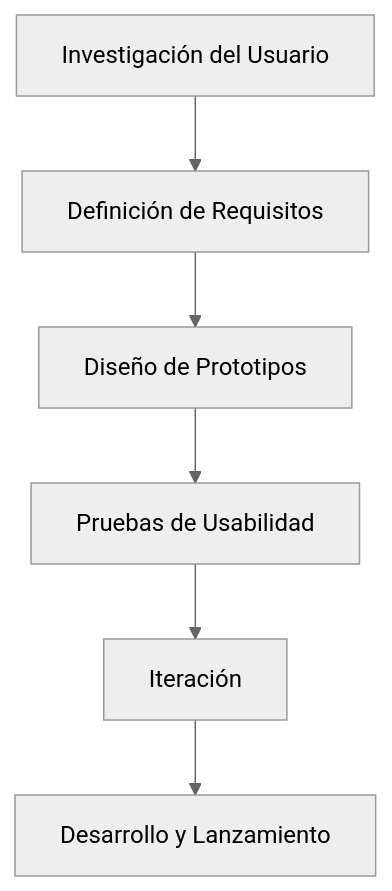
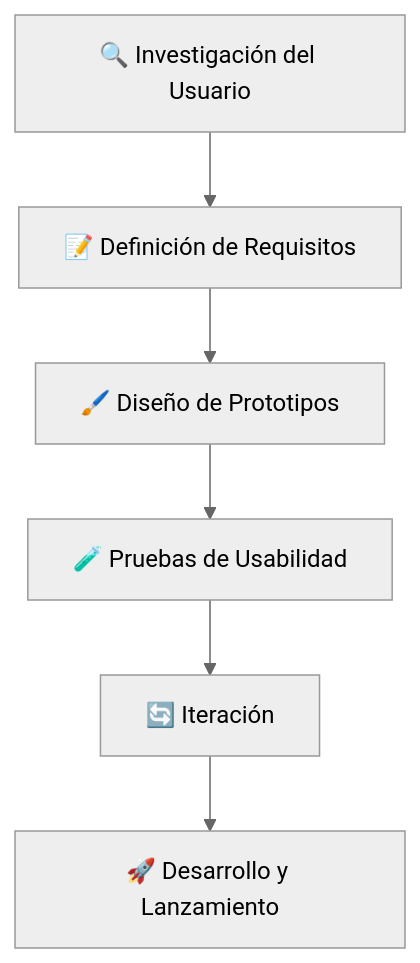
Before and after one commit to jgarciadeparedesh02/di-apuntes: the diagram in docs/ut1-desarrollodeinterfacesdeusuario-usabilidad/2diseñocentradoenelusuario.md, drawn with Mermaid (neutral theme). The commit also changed other lines of this file and 40 other files, not shown here.

````diff
--- a/docs/ut1-desarrollodeinterfacesdeusuario-usabilidad/2diseñocentradoenelusuario.md
+++ b/docs/ut1-desarrollodeinterfacesdeusuario-usabilidad/2diseñocentradoenelusuario.md
@@ -15,8 +23,8 @@
 ```mermaid
 graph TD;
-    A[Investigación del Usuario] --> B[Definición de Requisitos]
-    B --> C[Diseño de Prototipos]
-    C --> D[Pruebas de Usabilidad]
-    D --> E[Iteración]
-    E --> F[Desarrollo y Lanzamiento]
+    A[🔍 Investigación del Usuario] --> B[📝 Definición de Requisitos]
+    B --> C[🖌️ Diseño de Prototipos]
+    C --> D[🧪 Pruebas de Usabilidad]
+    D --> E[🔄 Iteración]
+    E --> F[🚀 Desarrollo y Lanzamiento]
 ```
````
